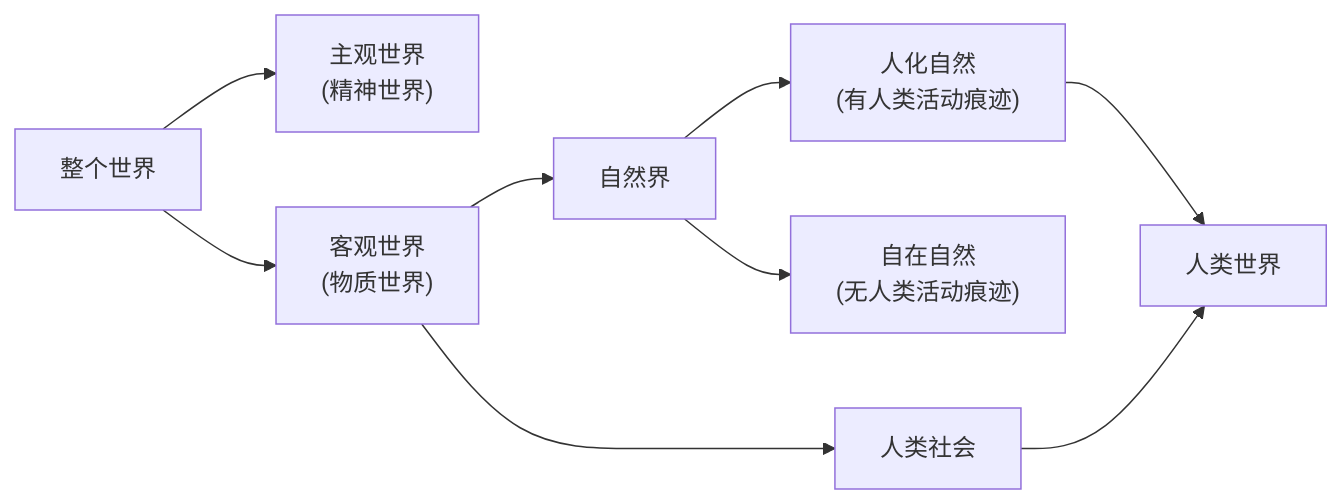
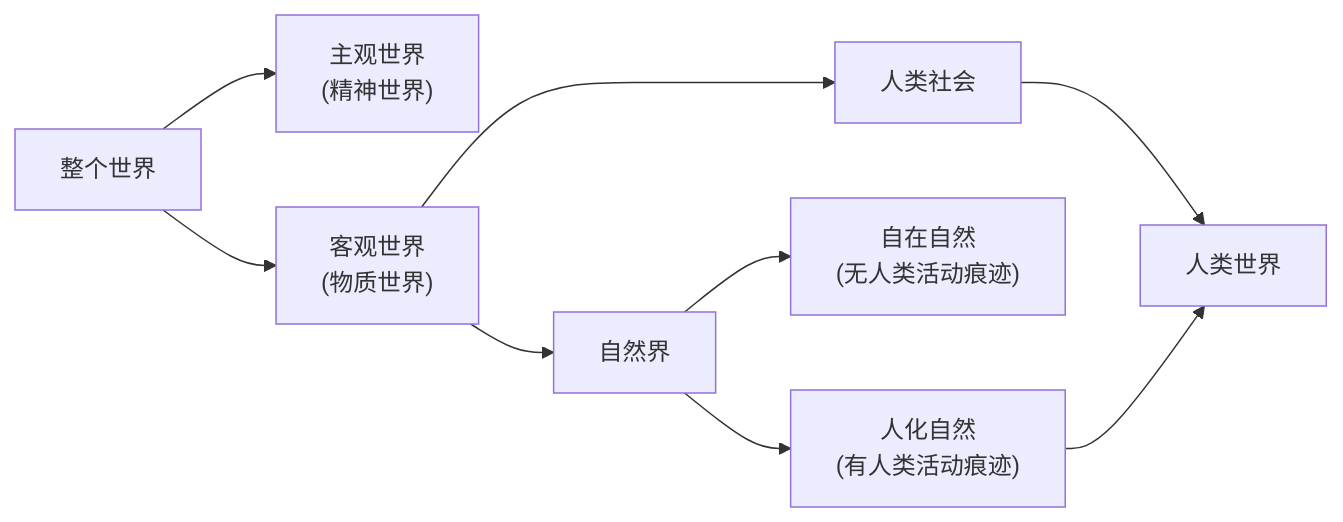
One commit to DuHaoyang626/national-postgraduate-entrance-exam-notes changed the diagram in 04政治/2027 考研政治马原讲义.md. Above: the diagram before and after it, drawn with Mermaid.

Commit message:
Update from Sync Service

````diff
--- a/04政治/2027 考研政治马原讲义.md
+++ b/04政治/2027 考研政治马原讲义.md
@@ -300,18 +300,19 @@
 ```mermaid
 graph LR
 
     A --> C["主观世界
 (精神世界)"]
     A["整个世界"] --> B["客观世界
 (物质世界)"]
     B --> D["自然界"]
     B --> E["人类社会"]
     D --> F["自在自然
 (无人类活动痕迹)"]
     D --> G["人化自然
 (有人类活动痕迹)"]
+    E --> H
     G --> H["人类世界"]
-    E --> H
+
     
 
 ```
````
